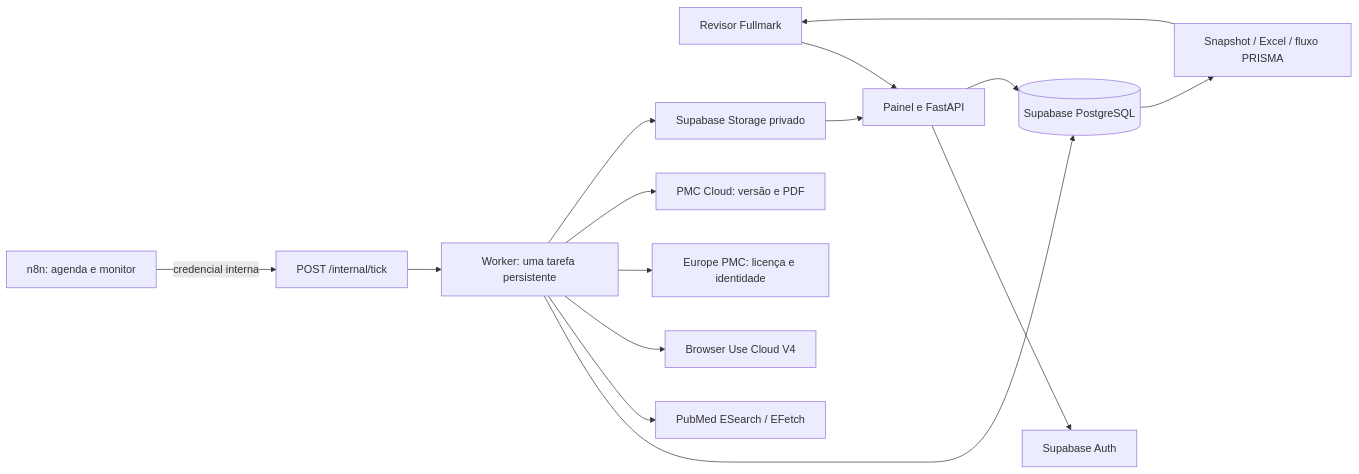
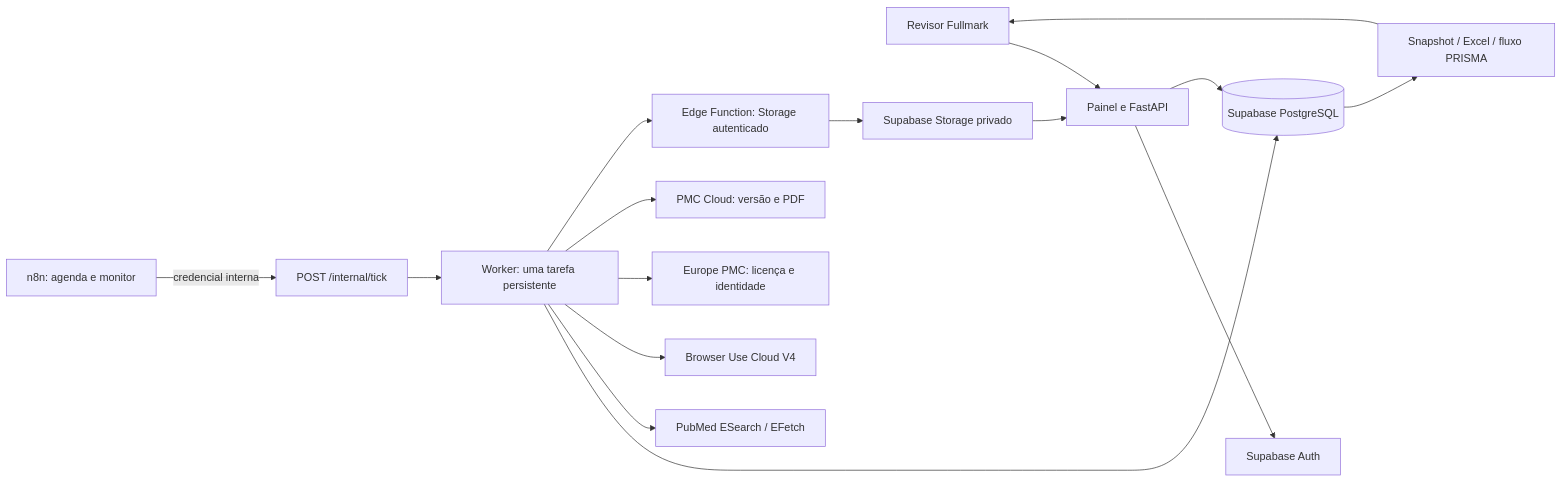
The diagram in research-mvp/docs/ARCHITECTURE.md (gabrielcossil/fullmark), drawn with Mermaid before and after one commit. The commit also changed other lines of this file and 19 other files, not shown here.

Commit message:
Provision restricted Supabase runtime and authenticated private storage bridge

````diff
--- a/research-mvp/docs/ARCHITECTURE.md
+++ b/research-mvp/docs/ARCHITECTURE.md
@@ -5,17 +5,18 @@
 ```mermaid
 flowchart LR
   H[Revisor Fullmark] --> UI[Painel e FastAPI]
   UI --> AUTH[Supabase Auth]
   UI --> DB[(Supabase PostgreSQL)]
   N[n8n: agenda e monitor] -->|credencial interna| API[POST /internal/tick]
   API --> W[Worker: uma tarefa persistente]
   W --> DB
   W --> PM[PubMed ESearch / EFetch]
   W --> BU[Browser Use Cloud V4]
   W --> EP[Europe PMC: licença e identidade]
   W --> PMC[PMC Cloud: versão e PDF]
-  W --> ST[Supabase Storage privado]
+  W --> SP[Edge Function: Storage autenticado]
+  SP --> ST[Supabase Storage privado]
   DB --> EX[Snapshot / Excel / fluxo PRISMA]
   ST --> UI
   EX --> H
 ```
````
